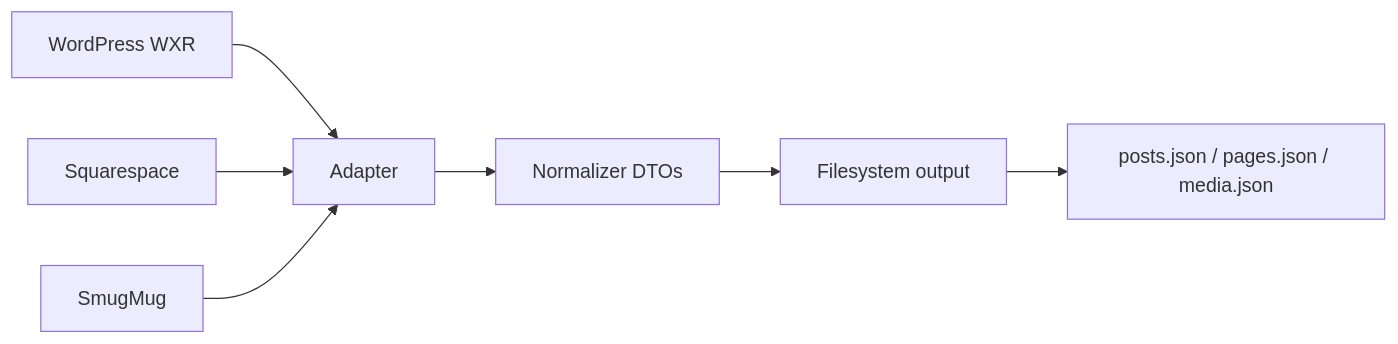
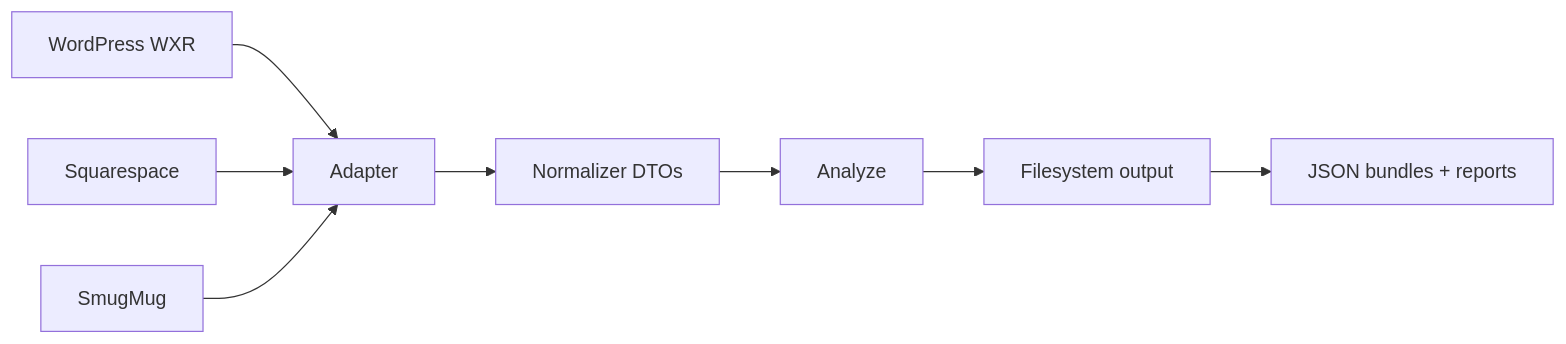
The first of 2 diagrams in docs/architecture.md (naikondev/artinstack-migrator), drawn with Mermaid before and after one commit. The commit also changed other lines of this file and 2 other files, not shown here.

Commit message:
Revised architecture

````diff
--- a/docs/architecture.md
+++ b/docs/architecture.md
@@ -43,9 +27,10 @@
 ```mermaid
 flowchart LR
   WP[WordPress WXR] --> P[Adapter]
   SQ[Squarespace] --> P
   SM[SmugMug] --> P
   P --> N[Normalizer DTOs]
-  N --> FS[Filesystem output]
-  FS --> OUT["posts.json / pages.json / media.json"]
+  N --> A[Analyze]
+  A --> FS[Filesystem output]
+  FS --> OUT["JSON bundles + reports"]
 ```
````
